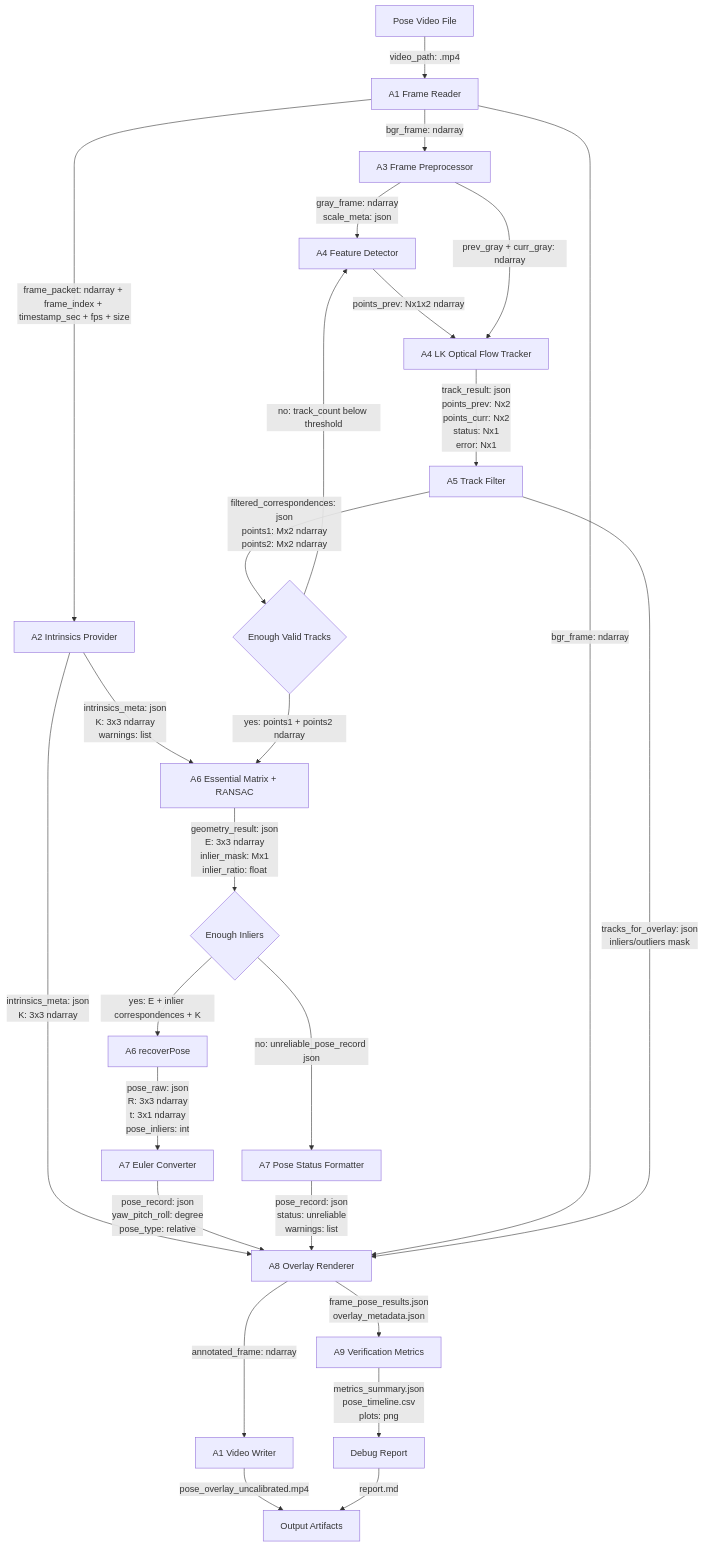
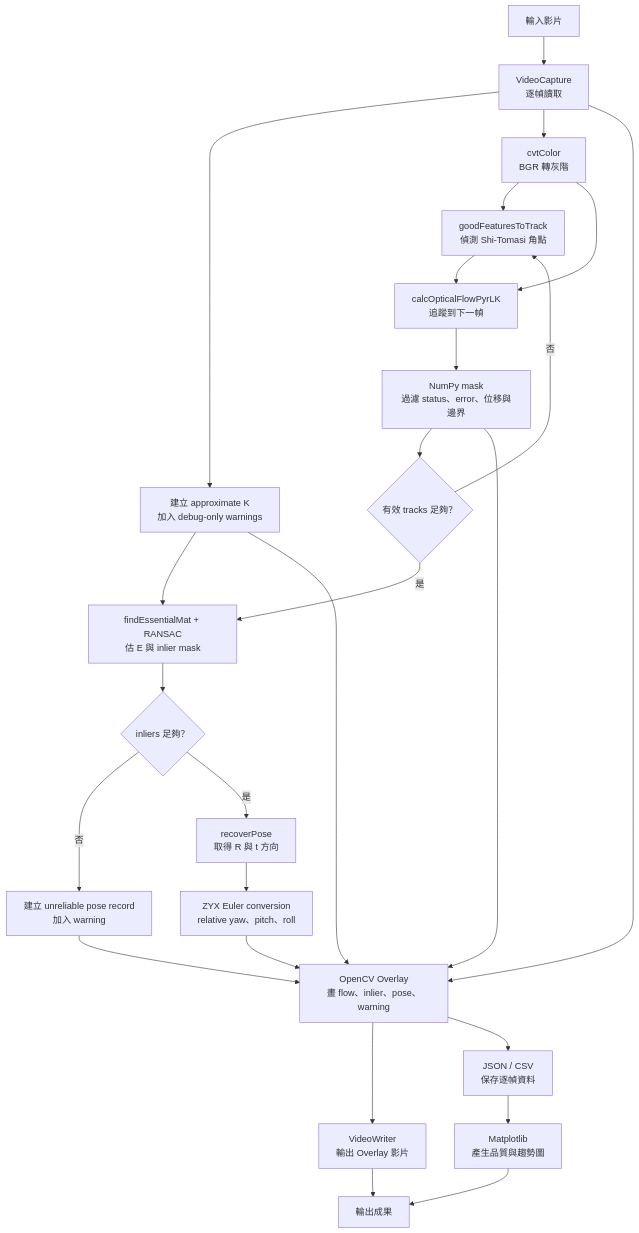
The third of 3 diagrams in breakdown/02_Optical_Flow_Pose/02_Analysis/README.md (Rt209/camera-angle), drawn with Mermaid before and after one commit. The commit also changed other lines of this file, not shown here.

````diff
--- a/breakdown/02_Optical_Flow_Pose/02_Analysis/README.md
+++ b/breakdown/02_Optical_Flow_Pose/02_Analysis/README.md
@@ -325,28 +270,28 @@
 ```mermaid
 flowchart TD
-    A[Pose Video File] -->|video_path: .mp4| B[A1 Frame Reader]
-    B -->|frame_packet: ndarray + frame_index + timestamp_sec + fps + size| C[A2 Intrinsics Provider]
-    B -->|bgr_frame: ndarray| D[A3 Frame Preprocessor]
-    C -->|intrinsics_meta: json<br/>K: 3x3 ndarray<br/>warnings: list| I[A6 Essential Matrix + RANSAC]
-    C -->|intrinsics_meta: json<br/>K: 3x3 ndarray| N[A8 Overlay Renderer]
-    D -->|gray_frame: ndarray<br/>scale_meta: json| E[A4 Feature Detector]
-    E -->|points_prev: Nx1x2 ndarray| F[A4 LK Optical Flow Tracker]
-    D -->|prev_gray + curr_gray: ndarray| F
-    F -->|track_result: json<br/>points_prev: Nx2<br/>points_curr: Nx2<br/>status: Nx1<br/>error: Nx1| G[A5 Track Filter]
-    G -->|filtered_correspondences: json<br/>points1: Mx2 ndarray<br/>points2: Mx2 ndarray| H{Enough Valid Tracks}
-    H -->|no: track_count below threshold| E
-    H -->|yes: points1 + points2 ndarray| I
-    I -->|geometry_result: json<br/>E: 3x3 ndarray<br/>inlier_mask: Mx1<br/>inlier_ratio: float| J{Enough Inliers}
-    J -->|no: unreliable_pose_record json| K[A7 Pose Status Formatter]
-    J -->|yes: E + inlier correspondences + K| L[A6 recoverPose]
-    L -->|pose_raw: json<br/>R: 3x3 ndarray<br/>t: 3x1 ndarray<br/>pose_inliers: int| M[A7 Euler Converter]
-    M -->|pose_record: json<br/>yaw_pitch_roll: degree<br/>pose_type: relative| N
-    K -->|pose_record: json<br/>status: unreliable<br/>warnings: list| N
-    B -->|bgr_frame: ndarray| N
-    G -->|tracks_for_overlay: json<br/>inliers/outliers mask| N
-    N -->|annotated_frame: ndarray| O[A1 Video Writer]
-    N -->|frame_pose_results.json<br/>overlay_metadata.json| P[A9 Verification Metrics]
-    O -->|pose_overlay_uncalibrated.mp4| Q[Output Artifacts]
-    P -->|metrics_summary.json<br/>pose_timeline.csv<br/>plots: png| R[Debug Report]
-    R -->|report.md| Q
+    IN[輸入影片] --> B[VideoCapture<br/>逐幀讀取]
+    B --> C[建立 approximate K<br/>加入 debug-only warnings]
+    B --> D[cvtColor<br/>BGR 轉灰階]
+    D --> E[goodFeaturesToTrack<br/>偵測 Shi-Tomasi 角點]
+    E --> F[calcOpticalFlowPyrLK<br/>追蹤到下一幀]
+    D --> F
+    F --> G[NumPy mask<br/>過濾 status、error、位移與邊界]
+    G --> H{有效 tracks 足夠？}
+    H -->|否| E
+    H -->|是| I[findEssentialMat + RANSAC<br/>估 E 與 inlier mask]
+    C --> I
+    I --> J{inliers 足夠？}
+    J -->|否| K[建立 unreliable pose record<br/>加入 warning]
+    J -->|是| L[recoverPose<br/>取得 R 與 t 方向]
+    L --> M[ZYX Euler conversion<br/>relative yaw、pitch、roll]
+    M --> N[OpenCV Overlay<br/>畫 flow、inlier、pose、warning]
+    K --> N
+    B --> N
+    G --> N
+    C --> N
+    N --> O[VideoWriter<br/>輸出 Overlay 影片]
+    N --> P[JSON / CSV<br/>保存逐幀資料]
+    P --> Q[Matplotlib<br/>產生品質與趨勢圖]
+    O --> OUT[輸出成果]
+    Q --> OUT
 ```
````
